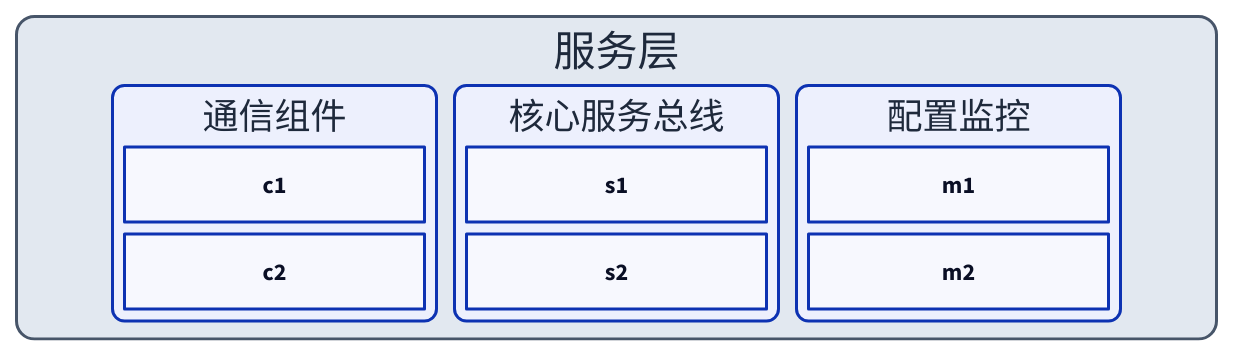
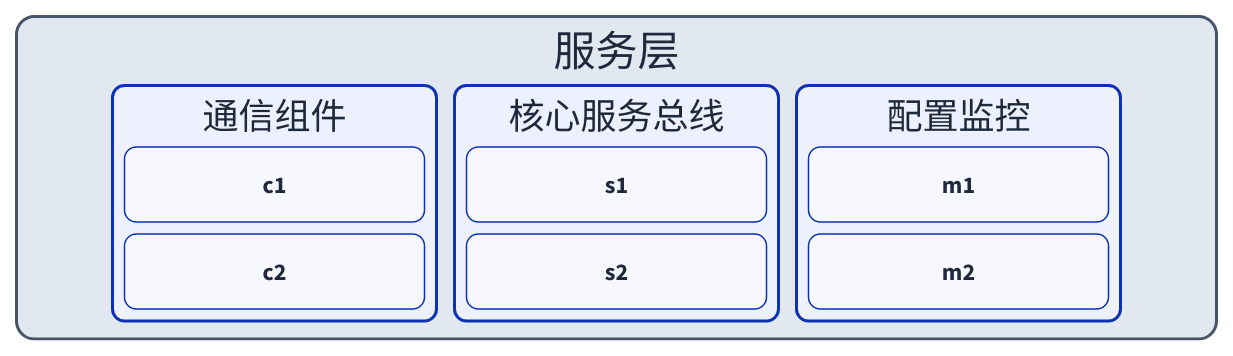
Before and after one commit to syllr/skills: the second of 4 diagrams in skills/c4-container-diagram/references/templates.md, drawn with D2. The commit also changed other lines of this file and 35 other files, not shown here.

````diff
--- a/skills/c4-container-diagram/references/templates.md
+++ b/skills/c4-container-diagram/references/templates.md
@@ -218,20 +218,24 @@
 ```d2
 服务层: {
   width: 800; grid-columns: 3; grid-gap: 12   # ← 先分 3 个分区
   style.fill: "#e2e8f0"; style.font-color: "#1e293b"; style.stroke: "#475569"; style.border-radius: 12
 
   通信组件: { grid-columns: 1; grid-gap: 8; style.font-color: "#1e293b"; style.border-radius: 8   # 分区 1：内部嵌套
     # 注意: 分区不设 width 时, ELK 按内容定列宽(layout-and-grid §6.2), 分区内子容器 width 是"内容宽"非撑满公式值
     c1: { width: 200; height: 50; class: module }
     c2: { width: 200; height: 50; class: module }
   }
   核心服务总线: { grid-columns: 1; grid-gap: 8; style.font-color: "#1e293b"; style.border-radius: 8  # 分区 2
     s1: { width: 200; height: 50; class: module }
     s2: { width: 200; height: 50; class: module }
   }
   配置监控: { grid-columns: 1; grid-gap: 8; style.font-color: "#1e293b"; style.border-radius: 8      # 分区 3
     m1: { width: 200; height: 50; class: module }
     m2: { width: 200; height: 50; class: module }
   }
 }
+
+classes: {
+  module: { style: { border-radius: 8; font-color: "#1e293b"; stroke-width: 1 } }
+}
 ```
````
